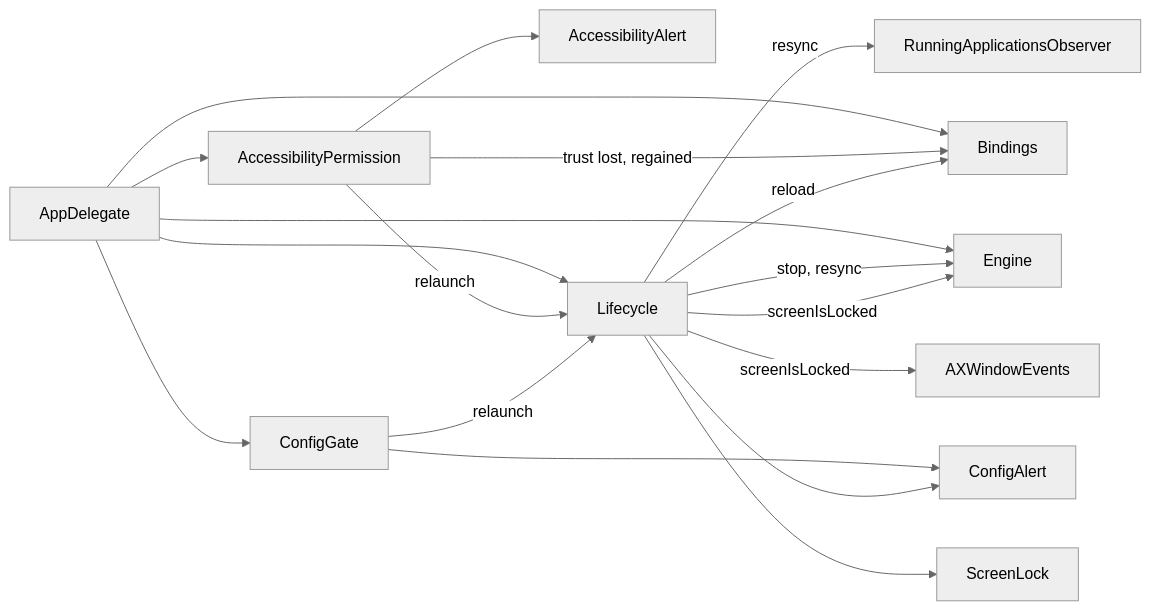
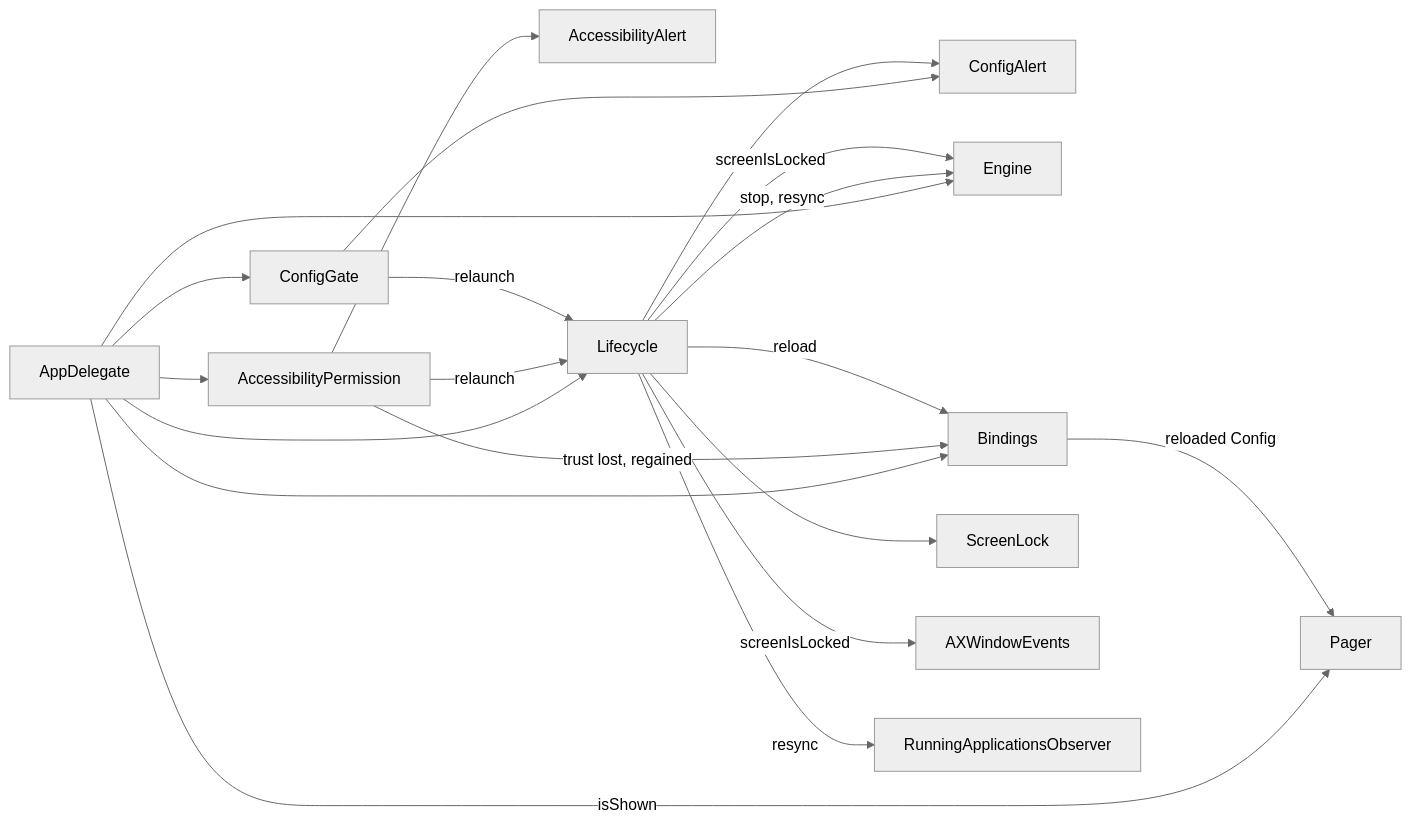
One commit to brennovich/ottowm changed the sixth of 20 diagrams in ARCHITECTURE.md. Above: the diagram before and after it, drawn with Mermaid (neutral theme). The commit also changed other lines of this file and 15 other files, not shown here.

````diff
--- a/ARCHITECTURE.md
+++ b/ARCHITECTURE.md
@@ -195,20 +197,22 @@
 ```mermaid
 flowchart LR
     AppDelegate --> ConfigGate
     ConfigGate --> ConfigAlert
     AppDelegate --> AccessibilityPermission
     AccessibilityPermission --> AccessibilityAlert
     AppDelegate --> Engine
     AppDelegate --> Bindings
     AccessibilityPermission -->|trust lost, regained| Bindings
     AppDelegate --> Lifecycle
     Lifecycle --> ScreenLock
     Lifecycle -->|stop, resync| Engine
     Lifecycle -->|screenIsLocked| Engine
     Lifecycle -->|screenIsLocked| AXWindowEvents
     Lifecycle -->|resync| RunningApplicationsObserver
     AccessibilityPermission -->|relaunch| Lifecycle
     ConfigGate -->|relaunch| Lifecycle
     Lifecycle -->|reload| Bindings
     Lifecycle --> ConfigAlert
+    AppDelegate -->|isShown| Pager
+    Bindings -->|reloaded Config| Pager
 ```
````
